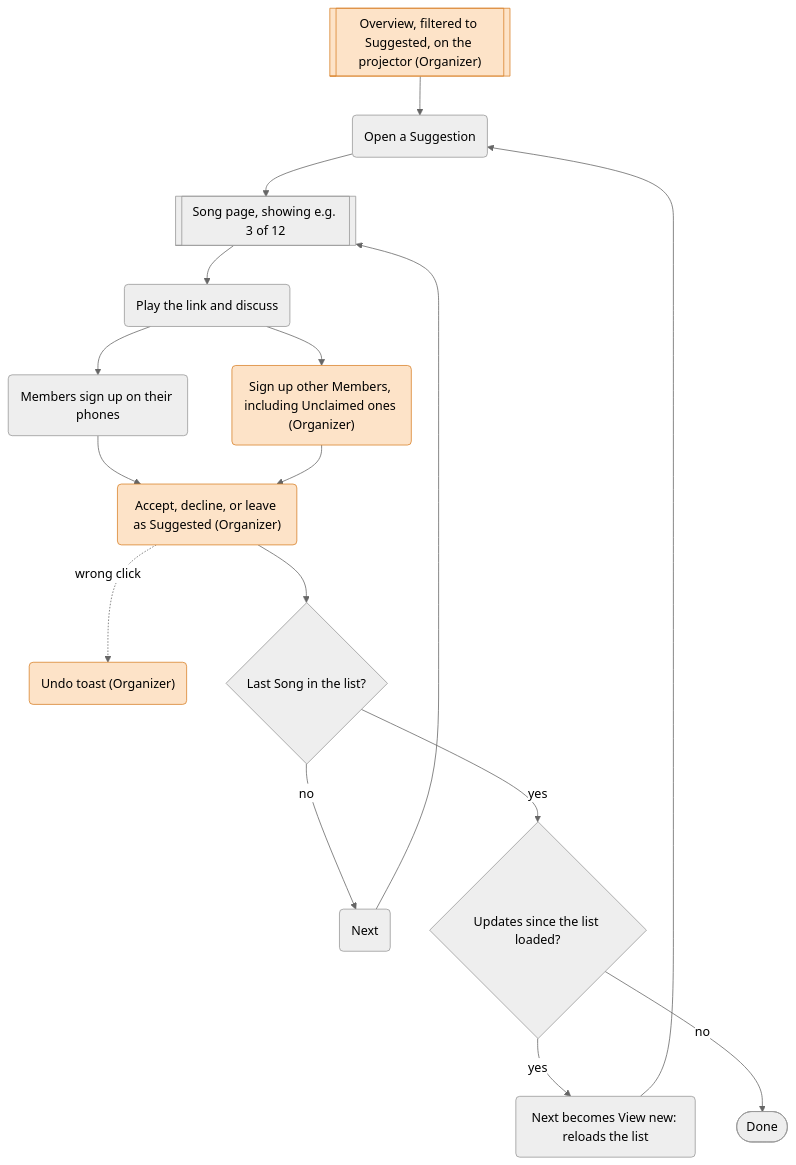
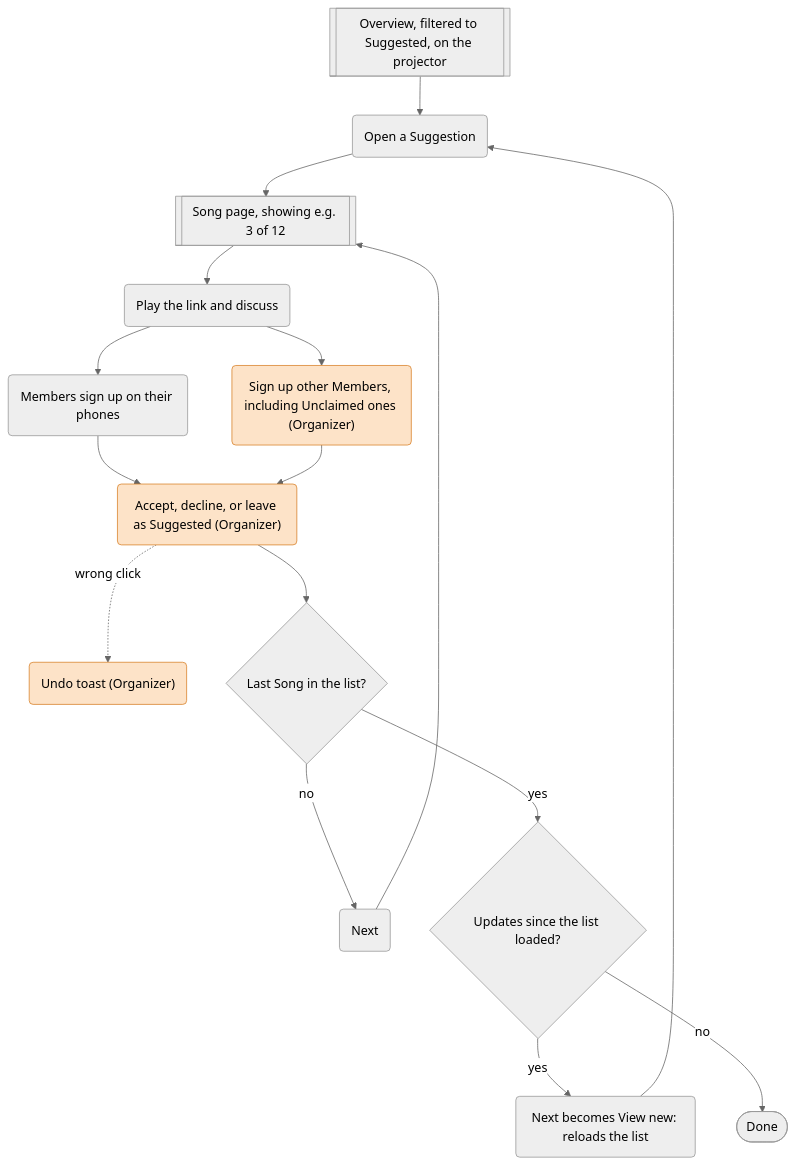
One commit to fekko-dev/musialize changed the fourth of 6 diagrams in docs/product/journeys.md. Above: the diagram before and after it, drawn with Mermaid (neutral theme). The commit also changed other lines of this file and 1 other file, not shown here.

First line of the commit message:
docs: map pilot must-haves to screens and list Organizer-only actions

````diff
--- a/docs/product/journeys.md
+++ b/docs/product/journeys.md
@@ -86,20 +87,20 @@
 ```mermaid
 flowchart TD
-    A[["Overview, filtered to Suggested, on the projector (Organizer)"]]:::org --> B(Open a Suggestion)
+    A[["Overview, filtered to Suggested, on the projector"]] --> B(Open a Suggestion)
     B --> S[["Song page, showing e.g. 3 of 12"]]
     S --> C(Play the link and discuss)
     C --> D(Members sign up on their phones)
     C --> E("Sign up other Members, including Unclaimed ones (Organizer)"):::org
     D --> F("Accept, decline, or leave as Suggested (Organizer)"):::org
     E --> F
     F -. wrong click .-> U("Undo toast (Organizer)"):::org
     F --> L{Last Song in the list?}
     L -- no --> X(Next)
     X --> S
     L -- yes --> Y{Updates since the list loaded?}
     Y -- yes --> R("Next becomes View new: reloads the list")
     R --> B
     Y -- no --> Z([Done])
 
     classDef org fill:#fde3c8,stroke:#d9822b,color:#000
 ```
````
